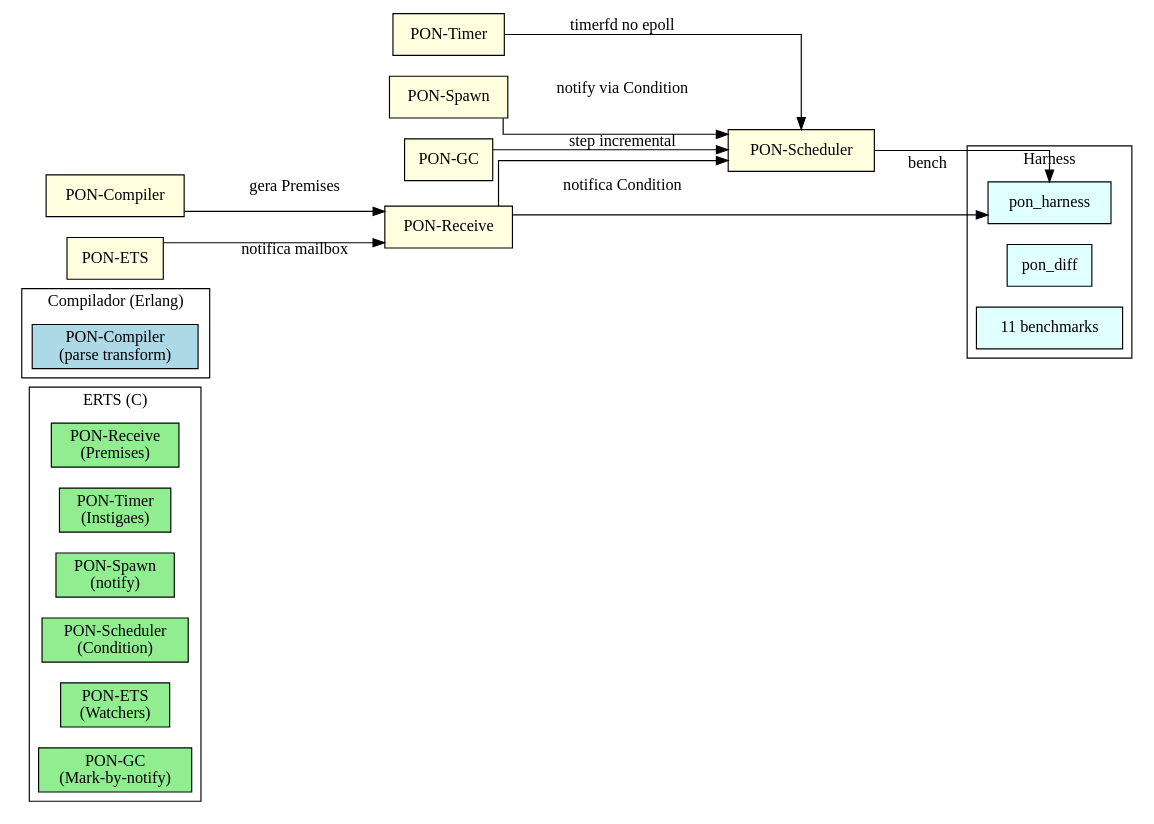
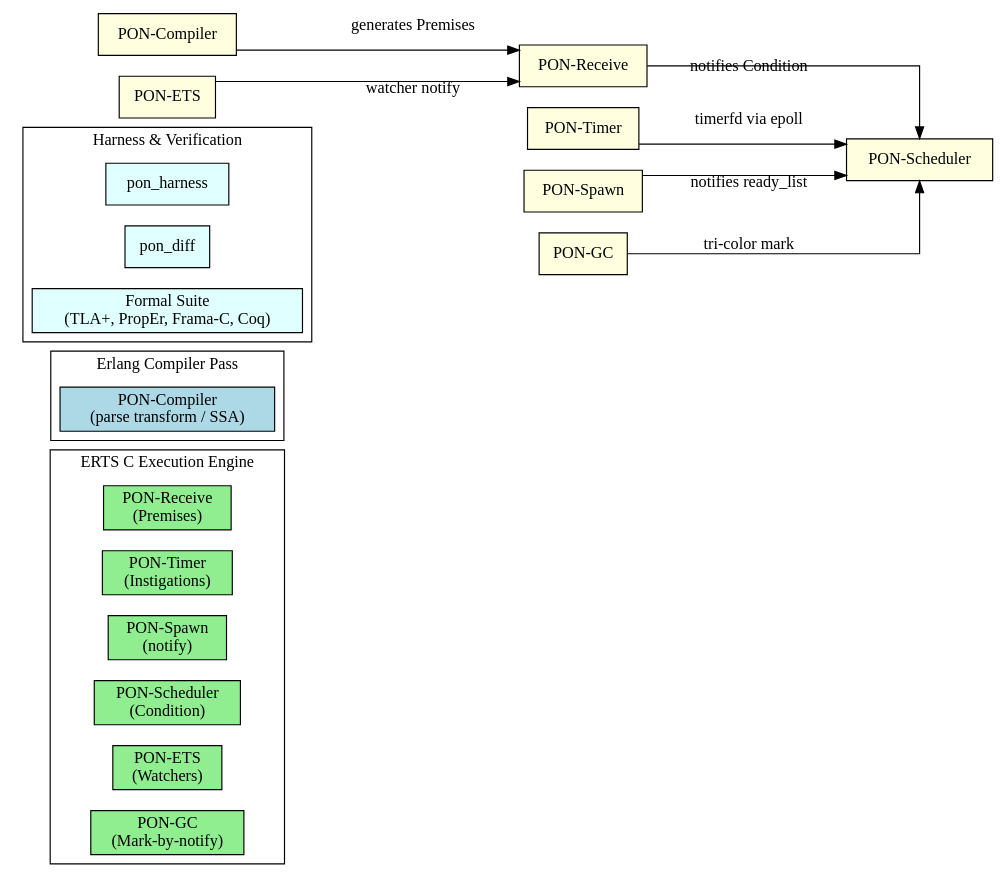
Before and after one commit to matheuscamarques/pon_beam: the diagram in docs/RPT-FINAL-pon-beam.md, drawn with Graphviz. The commit also changed other lines of this file and 32 other files, not shown here.

````diff
--- a/docs/RPT-FINAL-pon-beam.md
+++ b/docs/RPT-FINAL-pon-beam.md
@@ -29,40 +28,37 @@
-```dot Mapa completo da arquitetura PON-BEAM
+```dot
 digraph pon_beam_full {
   rankdir=LR;
   splines=ortho;
   node [shape=box, style=filled, fillcolor=lightyellow];
 
   subgraph cluster_erts {
-    label="ERTS (C)";
+    label="ERTS C Execution Engine";
 
     "PON-Receive\n(Premises)" [fillcolor=lightgreen];
-    "PON-Timer\n(Instigaes)" [fillcolor=lightgreen];
+    "PON-Timer\n(Instigations)" [fillcolor=lightgreen];
     "PON-Spawn\n(notify)" [fillcolor=lightgreen];
     "PON-Scheduler\n(Condition)" [fillcolor=lightgreen];
     "PON-ETS\n(Watchers)" [fillcolor=lightgreen];
     "PON-GC\n(Mark-by-notify)" [fillcolor=lightgreen];
   }
 
   subgraph cluster_compiler {
-    label="Compilador (Erlang)";
-    "PON-Compiler\n(parse transform)" [fillcolor=lightblue];
+    label="Erlang Compiler Pass";
+    "PON-Compiler\n(parse transform / SSA)" [fillcolor=lightblue];
   }
 
   subgraph cluster_harness {
-    label="Harness";
+    label="Harness & Verification";
     "pon_harness" [fillcolor=lightcyan];
     "pon_diff" [fillcolor=lightcyan];
-    "11 benchmarks" [fillcolor=lightcyan];
+    "Formal Suite\n(TLA+, PropEr, Frama-C, Coq)" [fillcolor=lightcyan];
   }
 
-  "PON-Compiler" -> "PON-Receive" [label="  gera Premises"];
-  "PON-Receive" -> "PON-Scheduler" [label="  notifica Condition"];
-  "PON-Timer" -> "PON-Scheduler" [label="  timerfd no epoll"];
-  "PON-Spawn" -> "PON-Scheduler" [label="  notify via Condition"];
-  "PON-ETS" -> "PON-Receive" [label="  notifica mailbox"];
-  "PON-GC" -> "PON-Scheduler" [label="  step incremental"];
-
-  "PON-Scheduler" -> "pon_harness" [label="  bench"];
-  "PON-Receive" -> "pon_harness";
+  "PON-Compiler" -> "PON-Receive" [label="  generates Premises"];
+  "PON-Receive" -> "PON-Scheduler" [label="  notifies Condition"];
+  "PON-Timer" -> "PON-Scheduler" [label="  timerfd via epoll"];
+  "PON-Spawn" -> "PON-Scheduler" [label="  notifies ready_list"];
+  "PON-ETS" -> "PON-Receive" [label="  watcher notify"];
+  "PON-GC" -> "PON-Scheduler" [label="  tri-color mark"];
 }
 ```
````
